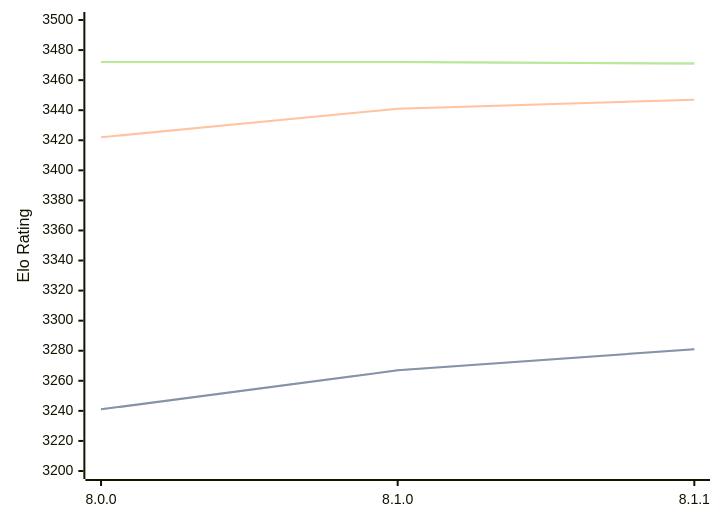
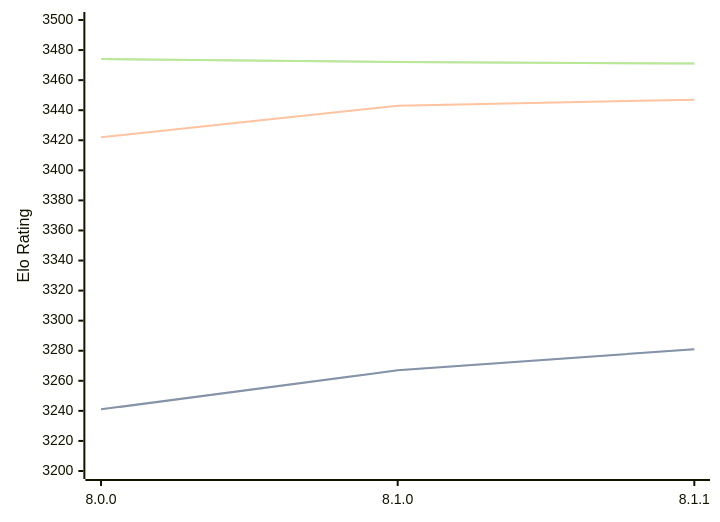
Before and after one commit to computer-chess-index/cci: the diagram in engines/Velvet.md, drawn with Mermaid. The commit also changed other lines of this file, not shown here.

Commit message:
Update CCI Ratings (ELO VLTC) - 2026-08-29

````diff
--- a/engines/Velvet.md
+++ b/engines/Velvet.md
@@ -33,11 +33,11 @@
 ```mermaid
 %%{init: {"theme":"base","themeVariables":{"seriesColors:['#a3a3a3','#222221','#faa371']}}}%%
 xychart-beta
   x-axis ["8.0.0", "8.1.0", "8.1.1"]
   y-axis "Elo Rating" 3200 --> 3500
   line "" [3241, 3267, 3281]
   line "STC (8.0+0.08s)" [3241, 3267, 3281]
-  line "LTC (60.0+0.60s)" [3422, 3441, 3447]
-  line "" [3472, 3472, 3471]
-  line "VLTC (2m24s+1.12s)" [3472, 3472, 3471]
+  line "LTC (60.0+0.60s)" [3422, 3443, 3447]
+  line "" [3474, 3472, 3471]
+  line "VLTC (2m24s+1.12s)" [3474, 3472, 3471]
 ```
````
